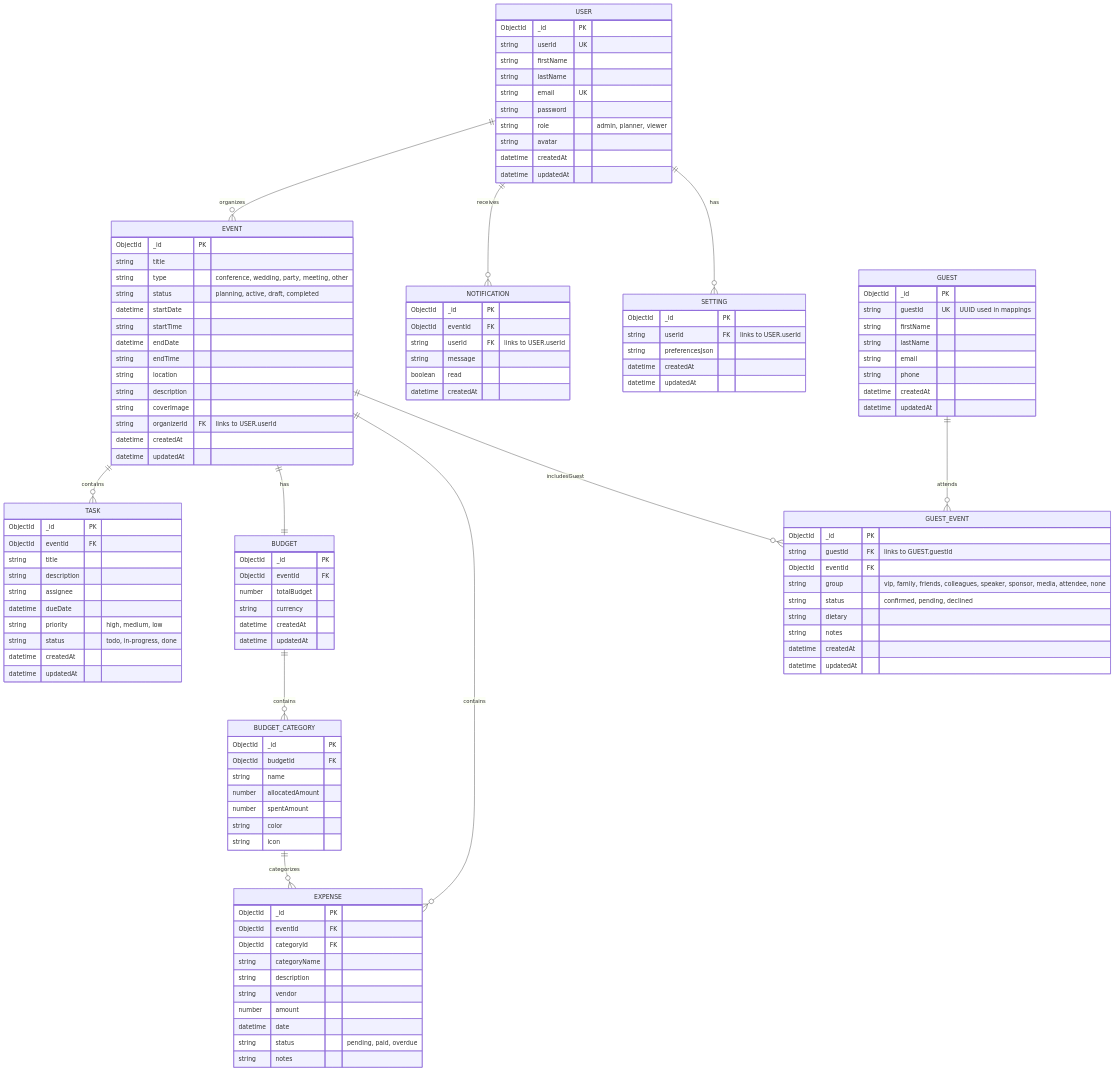
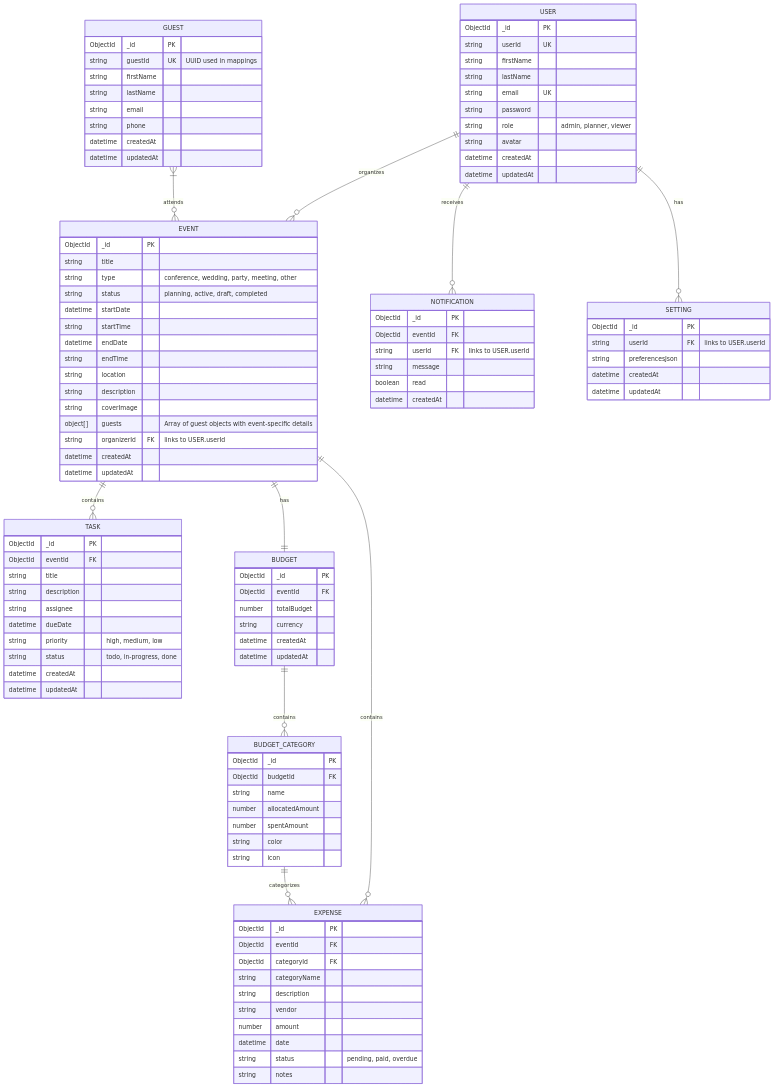
Before and after one commit to ShawndharSrt/Event-Planner: the diagram in database-schema.md, drawn with Mermaid. The commit also changed other lines of this file and 46 other files, not shown here.

```diff
--- a/database-schema.md
+++ b/database-schema.md
@@ -15,8 +15,7 @@
     BUDGET ||--o{ BUDGET_CATEGORY : contains
     BUDGET_CATEGORY ||--o{ EXPENSE : categorizes
 
-    GUEST ||--o{ GUEST_EVENT : attends
-    EVENT ||--o{ GUEST_EVENT : includesGuest
+    GUEST }|--o{ EVENT : attends
 
     USER {
         ObjectId _id PK
@@ -43,6 +42,7 @@
         string location
         string description
         string coverImage
+        object[] guests "Array of guest objects with event-specific details"
         string organizerId FK "links to USER.userId"
         datetime createdAt
         datetime updatedAt
@@ -68,18 +68,6 @@
         string lastName
         string email
         string phone
-        datetime createdAt
-        datetime updatedAt
-    }
-
-    GUEST_EVENT {
-        ObjectId _id PK
-        string guestId FK "links to GUEST.guestId"
-        ObjectId eventId FK
-        string group "vip, family, friends, colleagues, speaker, sponsor, media, attendee, none"
-        string status "confirmed, pending, declined"
-        string dietary
-        string notes
         datetime createdAt
         datetime updatedAt
     }
```
